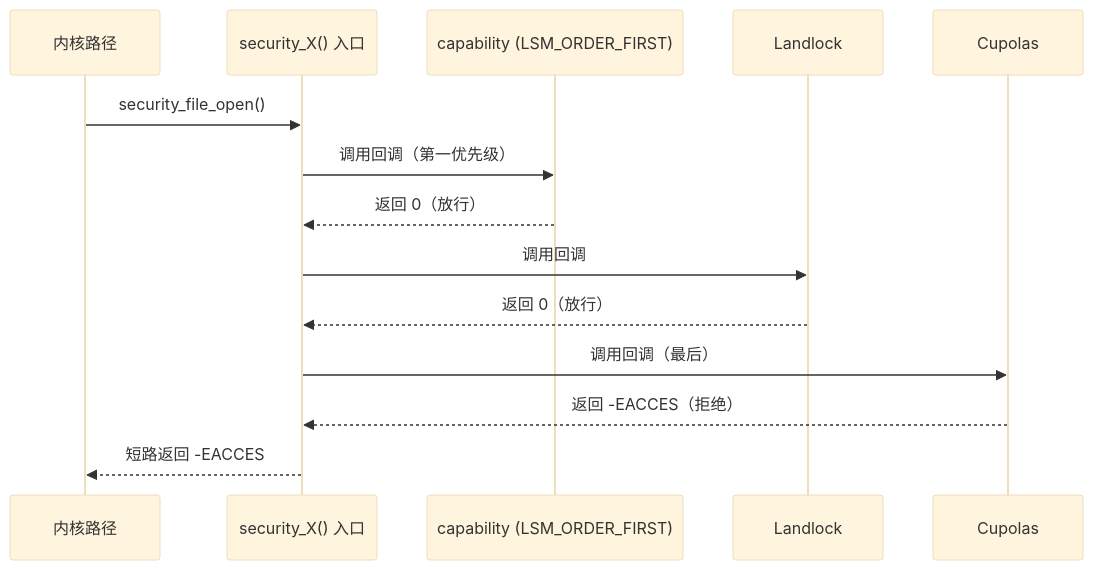
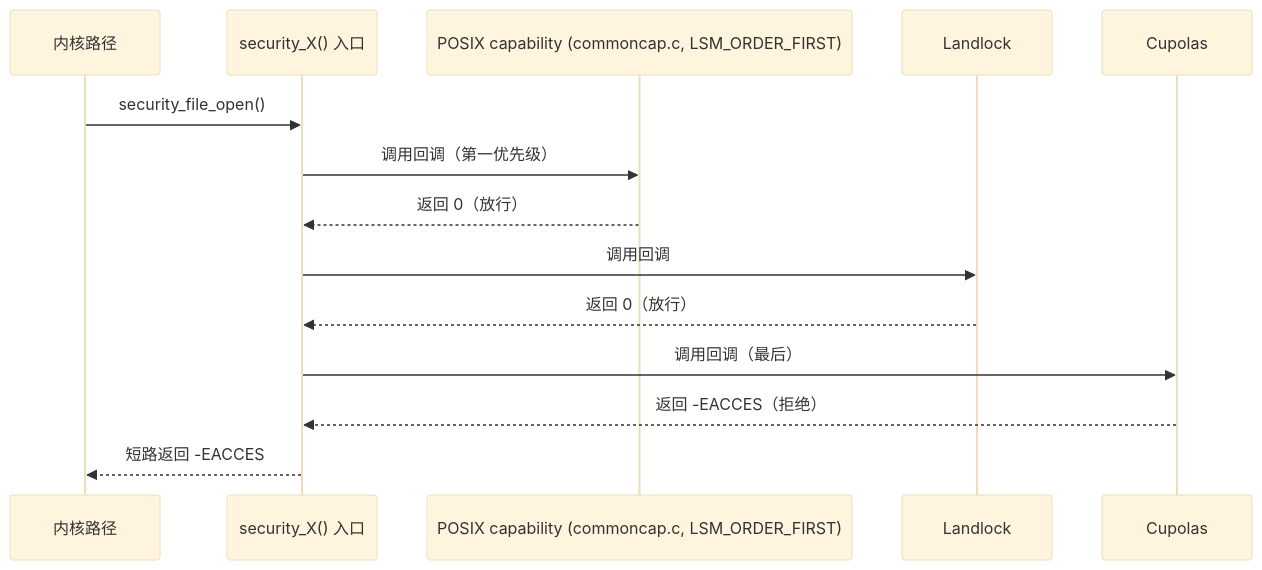
The fourth of 4 diagrams in 110-security/03-capability-model.md (openairymax/docs-linux), drawn with Mermaid (base theme) before and after one commit. The commit also changed other lines of this file and 44 other files, not shown here.

````diff
--- a/110-security/03-capability-model.md
+++ b/110-security/03-capability-model.md
@@ -1289,17 +1291,17 @@
 ```mermaid
 sequenceDiagram
     participant K as 内核路径
     participant SH as security_X() 入口
-    participant CAP as capability (LSM_ORDER_FIRST)
+    participant CAP as POSIX capability (commoncap.c, LSM_ORDER_FIRST)
     participant LL as Landlock
     participant CP as Cupolas
 
     K->>SH: security_file_open()
     SH->>CAP: 调用回调（第一优先级）
     CAP-->>SH: 返回 0（放行）
     SH->>LL: 调用回调
     LL-->>SH: 返回 0（放行）
     SH->>CP: 调用回调（最后）
     CP-->>SH: 返回 -EACCES（拒绝）
     SH-->>K: 短路返回 -EACCES
 ```
````
